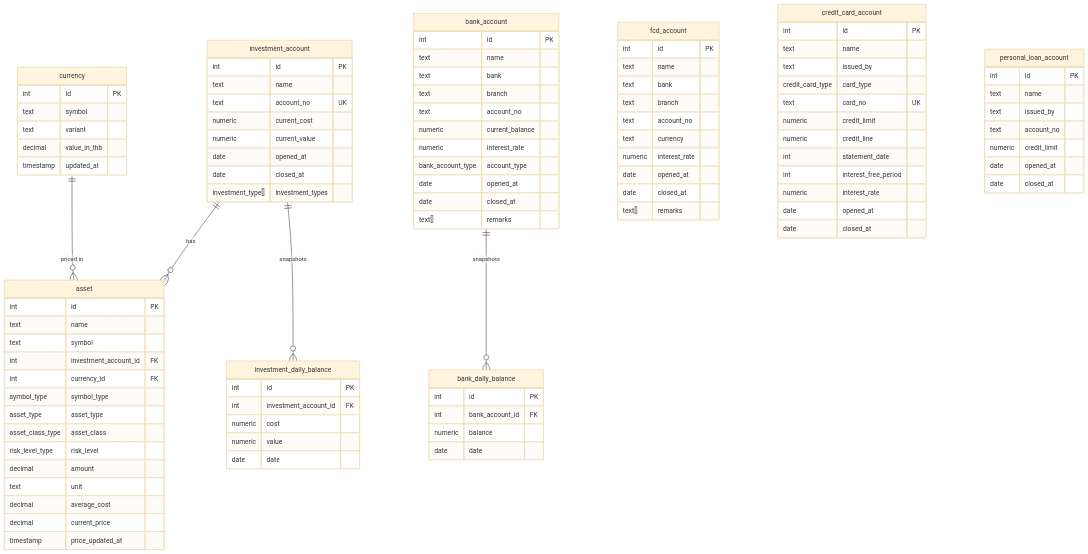
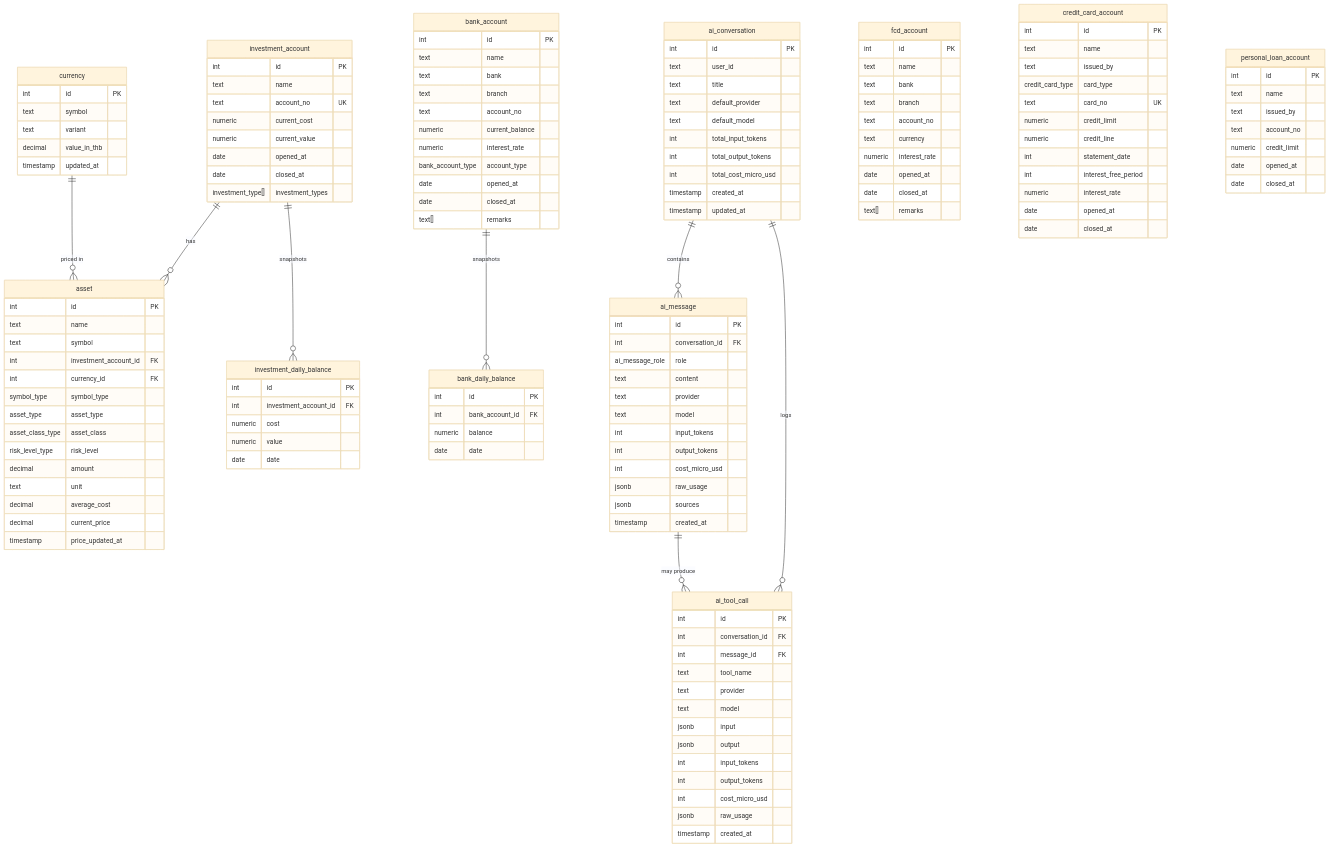
The diagram in packages/database/README.md (leomotors/portfolio-tracking), drawn with Mermaid (base theme) before and after one commit. The commit also changed other lines of this file and 5 other files, not shown here.

````diff
--- a/packages/database/README.md
+++ b/packages/database/README.md
@@ -33,6 +35,9 @@
     investment_account ||--o{ investment_daily_balance : "snapshots"
     currency           ||--o{ asset : "priced in"
     bank_account       ||--o{ bank_daily_balance : "snapshots"
+    ai_conversation    ||--o{ ai_message : "contains"
+    ai_conversation    ||--o{ ai_tool_call : "logs"
+    ai_message         ||--o{ ai_tool_call : "may produce"
 
     investment_account {
         int    id PK
@@ -136,4 +141,48 @@
         date   opened_at
         date   closed_at
     }
+
+    ai_conversation {
+        int       id PK
+        text      user_id
+        text      title
+        text      default_provider
+        text      default_model
+        int       total_input_tokens
+        int       total_output_tokens
+        int       total_cost_micro_usd
+        timestamp created_at
+        timestamp updated_at
+    }
+
+    ai_message {
+        int             id PK
+        int             conversation_id FK
+        ai_message_role role
+        text            content
+        text            provider
+        text            model
+        int             input_tokens
+        int             output_tokens
+        int             cost_micro_usd
+        jsonb           raw_usage
+        jsonb           sources
+        timestamp       created_at
+    }
+
+    ai_tool_call {
+        int       id PK
+        int       conversation_id FK
+        int       message_id FK
+        text      tool_name
+        text      provider
+        text      model
+        jsonb     input
+        jsonb     output
+        int       input_tokens
+        int       output_tokens
+        int       cost_micro_usd
+        jsonb     raw_usage
+        timestamp created_at
+    }
 ```
````
